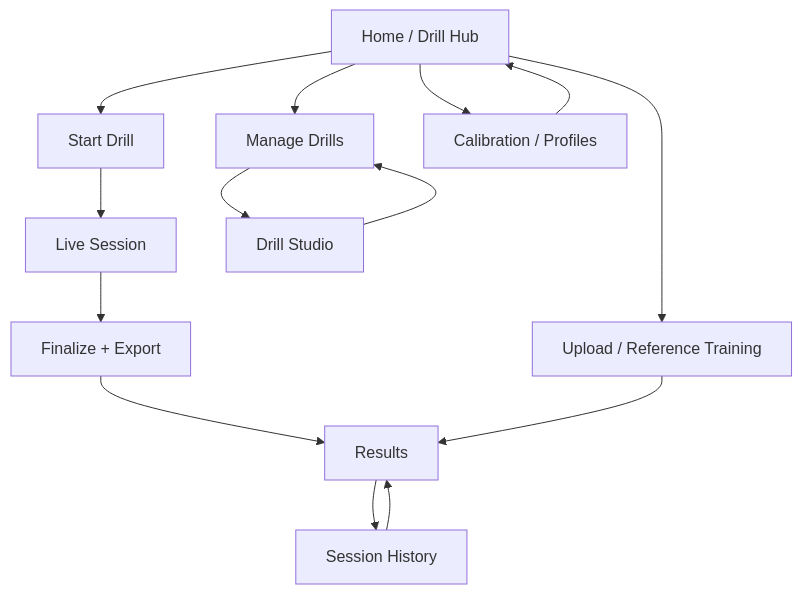
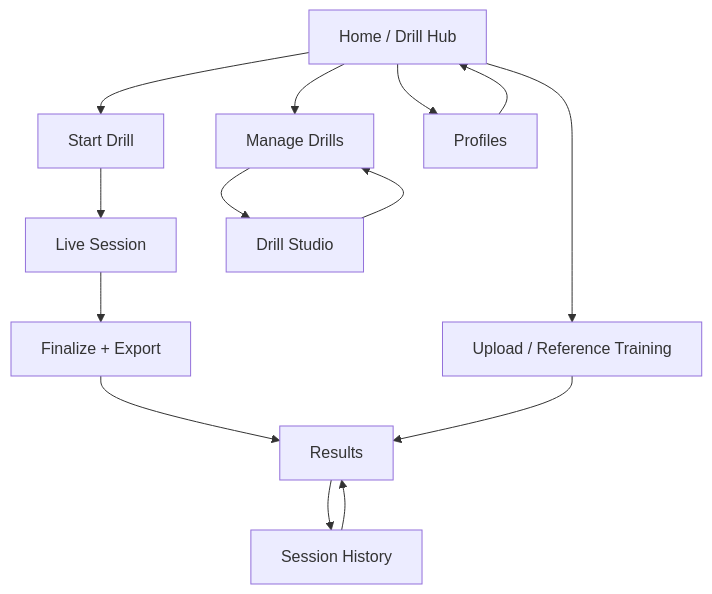
The third of 4 diagrams in README.md (Voycepeh/Handstand-App), drawn with Mermaid before and after one commit. The commit also changed other lines of this file and 42 other files, not shown here.

````diff
--- a/README.md
+++ b/README.md
@@ -69,21 +69,21 @@
 ```mermaid
 flowchart TD
     HOME[Home / Drill Hub]
     START[Start Drill]
     LIVE[Live Session]
     FINALIZE[Finalize + Export]
     RESULTS[Results]
     HISTORY[Session History]
     MANAGE[Manage Drills]
     STUDIO[Drill Studio]
     UPLOAD[Upload / Reference Training]
-    CAL[Calibration / Profiles]
+    CAL[Profiles]
 
     HOME --> START --> LIVE --> FINALIZE --> RESULTS
     RESULTS --> HISTORY
     HISTORY --> RESULTS
 
     HOME --> MANAGE --> STUDIO --> MANAGE
     HOME --> UPLOAD --> RESULTS
     HOME --> CAL --> HOME
 ```
````
